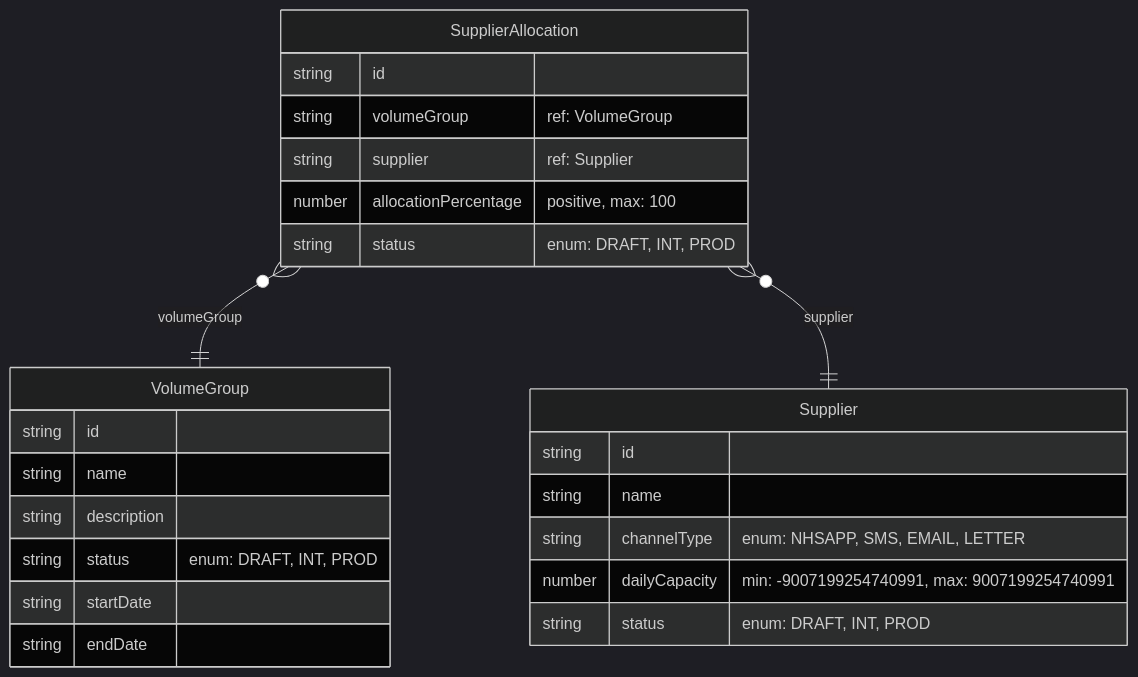
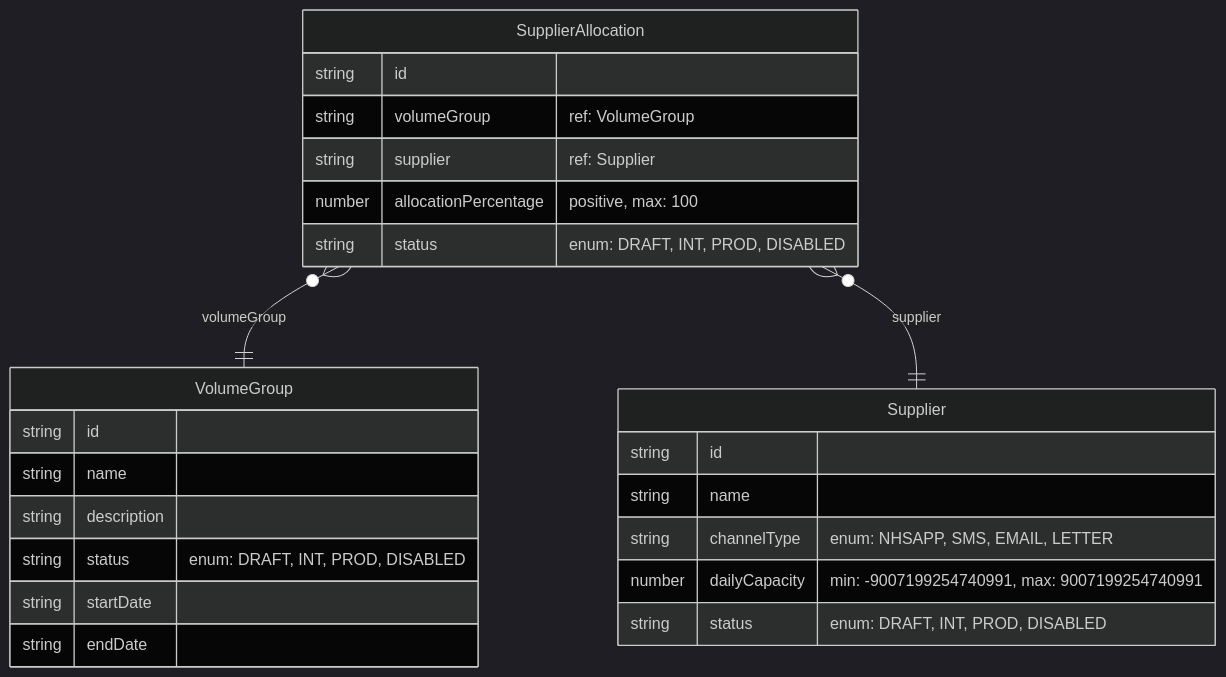
One commit to uk-gov-mirror/nhsdigital.nhs-notify-supplier-config changed the fourth of 5 diagrams in packages/events/src/domain/erd.md. Above: the diagram before and after it, drawn with Mermaid (dark theme). The commit also changed other lines of this file and 15 other files, not shown here.

Commit message:
Add DISABLED status to various entities and update related schemas

````diff
--- a/packages/events/src/domain/erd.md
+++ b/packages/events/src/domain/erd.md
@@ -216,27 +222,27 @@
 ```mermaid
 erDiagram
     VolumeGroup {
         string id
         string name
         string description
-        string status "enum: DRAFT, INT, PROD"
+        string status "enum: DRAFT, INT, PROD, DISABLED"
         string startDate
         string endDate
     }
     Supplier {
         string id
         string name
         string channelType "enum: NHSAPP, SMS, EMAIL, LETTER"
         number dailyCapacity "min: -9007199254740991, max: 9007199254740991"
-        string status "enum: DRAFT, INT, PROD"
+        string status "enum: DRAFT, INT, PROD, DISABLED"
     }
     SupplierAllocation {
         string id
         string volumeGroup "ref: VolumeGroup"
         string supplier "ref: Supplier"
         number allocationPercentage "positive, max: 100"
-        string status "enum: DRAFT, INT, PROD"
+        string status "enum: DRAFT, INT, PROD, DISABLED"
     }
     SupplierAllocation }o--|| VolumeGroup : "volumeGroup"
     SupplierAllocation }o--|| Supplier : "supplier"
 ```
````
